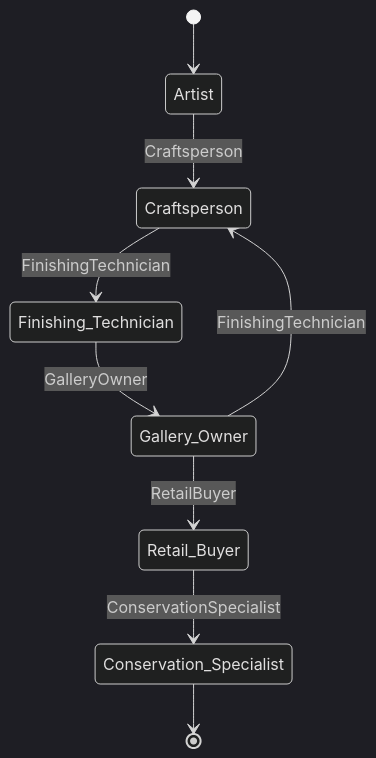
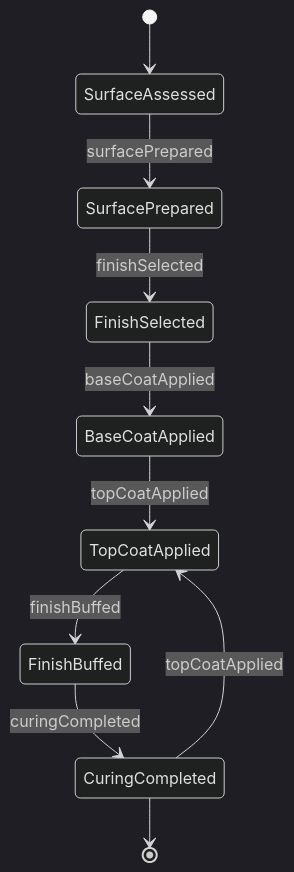
One commit to dot-org-ai/tasks.org.ai changed the second of 4 diagrams in HandlingAndMovingObjects/ApplyDecorativeFinishes/ApplyFinishesArtworkCraftsDisplays.mdx. Above: the diagram before and after it, drawn with Mermaid (dark theme). The commit also changed other lines of this file and 40 other files, not shown here.

First line of the commit message:
fix: Replace Actor-based ER and State diagrams with Entity/Event-based diagrams in 41 HandlingAndMovingObjects DWA files

````diff
--- a/HandlingAndMovingObjects/ApplyDecorativeFinishes/ApplyFinishesArtworkCraftsDisplays.mdx
+++ b/HandlingAndMovingObjects/ApplyDecorativeFinishes/ApplyFinishesArtworkCraftsDisplays.mdx
@@ -102,11 +100,12 @@
 ```mermaid
 stateDiagram-v2
-    [*] --> Artist
-    Artist --> Craftsperson: Craftsperson
-    Craftsperson --> Finishing_Technician: FinishingTechnician
-    Finishing_Technician --> Gallery_Owner: GalleryOwner
-    Gallery_Owner --> Retail_Buyer: RetailBuyer
-    Retail_Buyer --> Conservation_Specialist: ConservationSpecialist
-    Gallery_Owner --> Craftsperson: FinishingTechnician
-    Conservation_Specialist --> [*]
+    [*] --> SurfaceAssessed
+    SurfaceAssessed --> SurfacePrepared : surfacePrepared
+    SurfacePrepared --> FinishSelected : finishSelected
+    FinishSelected --> BaseCoatApplied : baseCoatApplied
+    BaseCoatApplied --> TopCoatApplied : topCoatApplied
+    TopCoatApplied --> FinishBuffed : finishBuffed
+    FinishBuffed --> CuringCompleted : curingCompleted
+    CuringCompleted --> TopCoatApplied : topCoatApplied
+    CuringCompleted --> [*]
 ```
````
